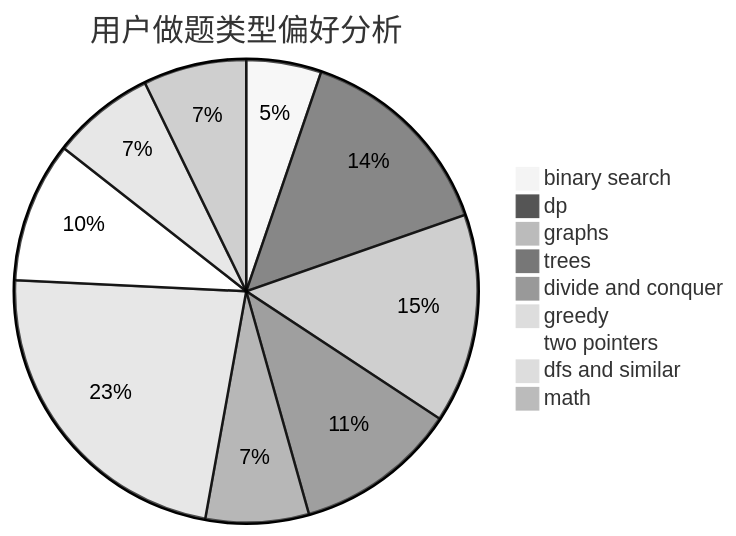
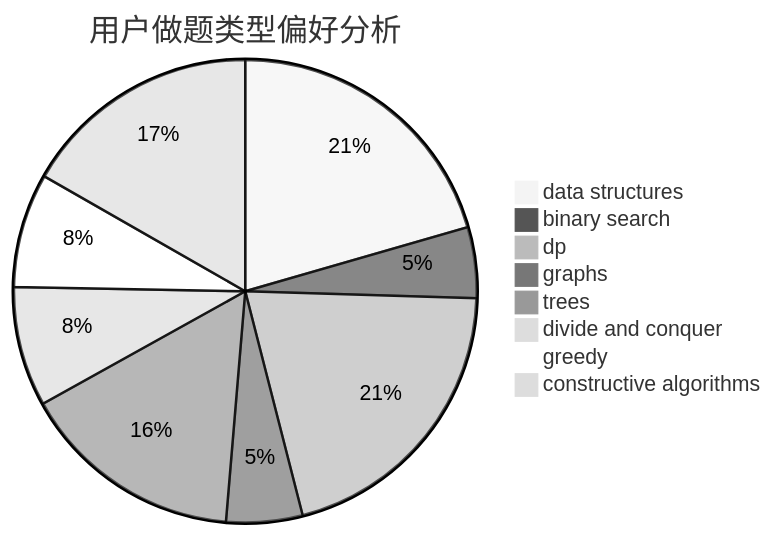
The second of 3 diagrams in docs/user/u2699.md (sherpahu/cfrs.github.io), drawn with Mermaid (neutral theme) before and after one commit. The commit also changed other lines of this file and 2775 other files, not shown here.

````diff
--- a/docs/user/u2699.md
+++ b/docs/user/u2699.md
@@ -23,12 +23,11 @@
 ```mermaid
 pie title 用户做题类型偏好分析
-    "binary search" :  24
-    "dp" :  66
-    "graphs" :  67
-    "trees" :  52
-    "divide and conquer" :  33
-    "greedy" :  105
-    "two pointers" :  45
-    "dfs and similar" :  33
-    "math" :  33
+    "data structures" :  54
+    "binary search" :  13
+    "dp" :  54
+    "graphs" :  14
+    "trees" :  41
+    "divide and conquer" :  22
+    "greedy" :  21
+    "constructive algorithms" :  44
 ```
````
